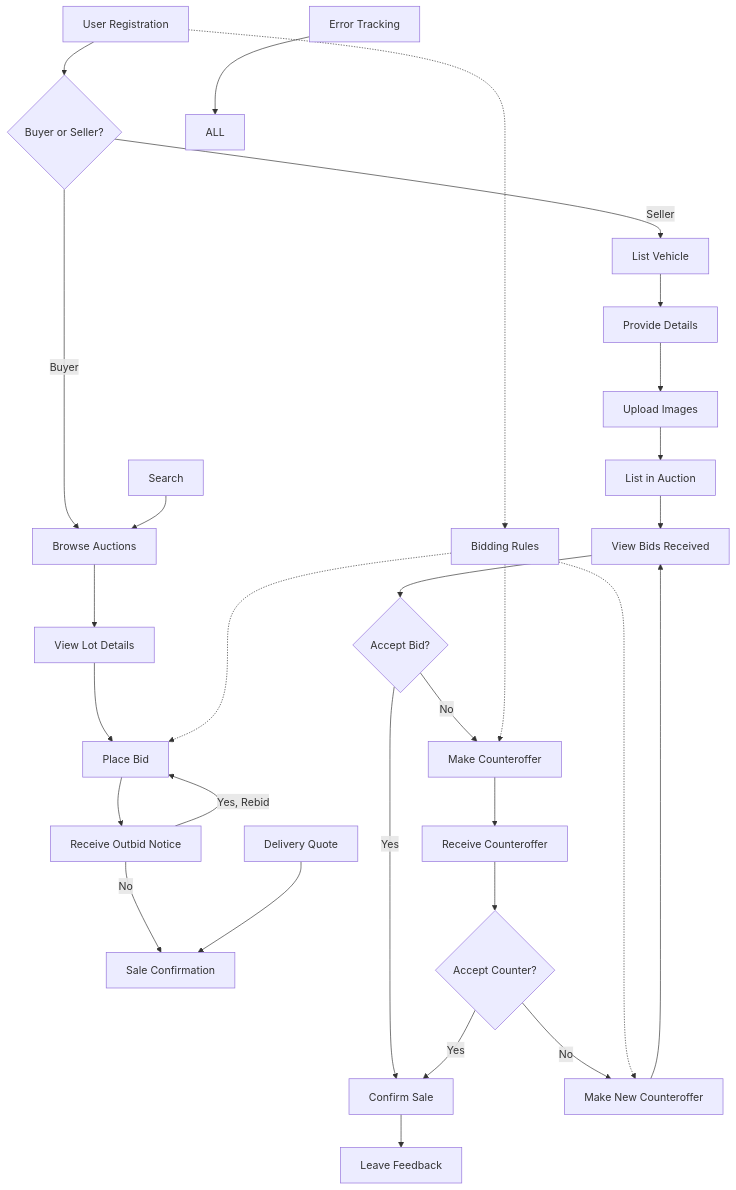
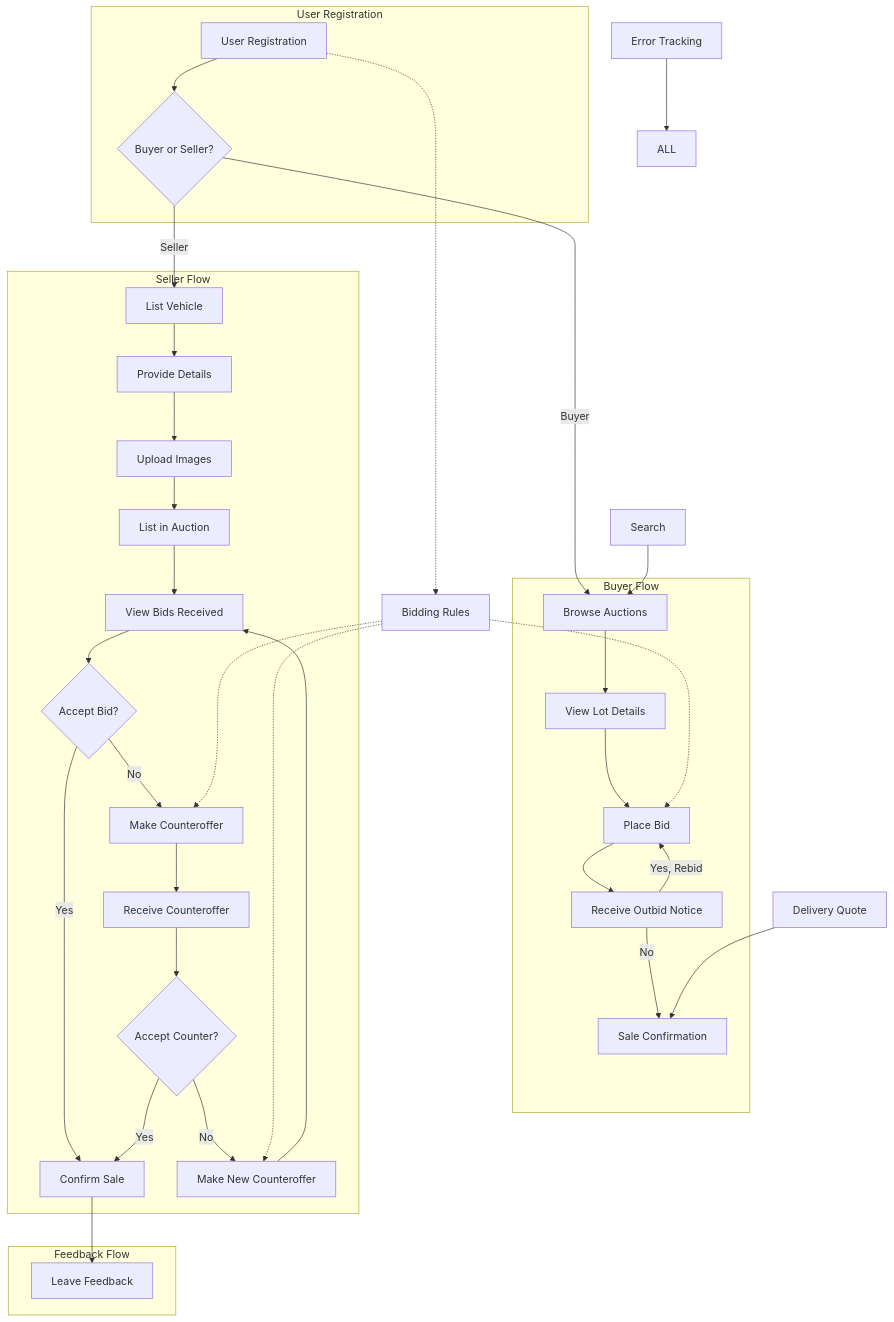
Before and after one commit to LuigiClemente/auction: the ninth of 9 diagrams in README.md, drawn with Mermaid. The commit also changed other lines of this file, not shown here.

````diff
--- a/README.md
+++ b/README.md
@@ -354,38 +549,44 @@
 ```mermaid
 flowchart TB
-    A[User Registration] --> B{Buyer or Seller?}
-    B -- Buyer --> C[Browse Auctions]
-    C --> D[View Lot Details]
-    D --> E[Place Bid]
-    E --> F[Receive Outbid Notice]
-    F -- Yes, Rebid --> E
-    F -- No --> G[Sale Confirmation]
-    
-    B -- Seller --> H[List Vehicle]
-      H --> I[Provide Details]
-      I --> J[Upload Images]
-      J --> K[List in Auction]
-      
-      K --> L[View Bids Received]
-      L --> M{Accept Bid?}
-      M -- Yes --> N[Confirm Sale]
-      M -- No --> O[Make Counteroffer]
-      O --> P[Receive Counteroffer]
-      P --> Q{Accept Counter?}
+    subgraph User Registration
+        A[User Registration] --> B{Buyer or Seller?}
+    end
+
+    subgraph Buyer Flow
+        B -- Buyer --> C[Browse Auctions]
+        C --> D[View Lot Details]
+        D --> E[Place Bid]
+        E --> F[Receive Outbid Notice]
+        F -- Yes, Rebid --> E
+        F -- No --> G[Sale Confirmation]
+    end
+
+    subgraph Seller Flow
+        B -- Seller --> H[List Vehicle]
+        H --> I[Provide Details]
+        I --> J[Upload Images]
+        J --> K[List in Auction]
+        K --> L[View Bids Received]
+        L --> M{Accept Bid?}
+        M -- Yes --> N[Confirm Sale]
+        M -- No --> O[Make Counteroffer]
+        O --> P[Receive Counteroffer]
+        P --> Q{Accept Counter?}
         Q -- Yes --> N
         Q -- No --> R[Make New Counteroffer]
-          R --> L
-          
-    N --> S[Leave Feedback]  
-      
+        R --> L
+    end
+
+    subgraph Feedback Flow
+        N --> S[Leave Feedback]  
+    end
+
     A -.-> T[Bidding Rules]
     T ..-> E
     T ..-> O
     T ..-> R
-    
+
     U[Delivery Quote] --> G
     V[Search] --> C
-    
     W[Error Tracking] --> ALL
-
 ```
````
